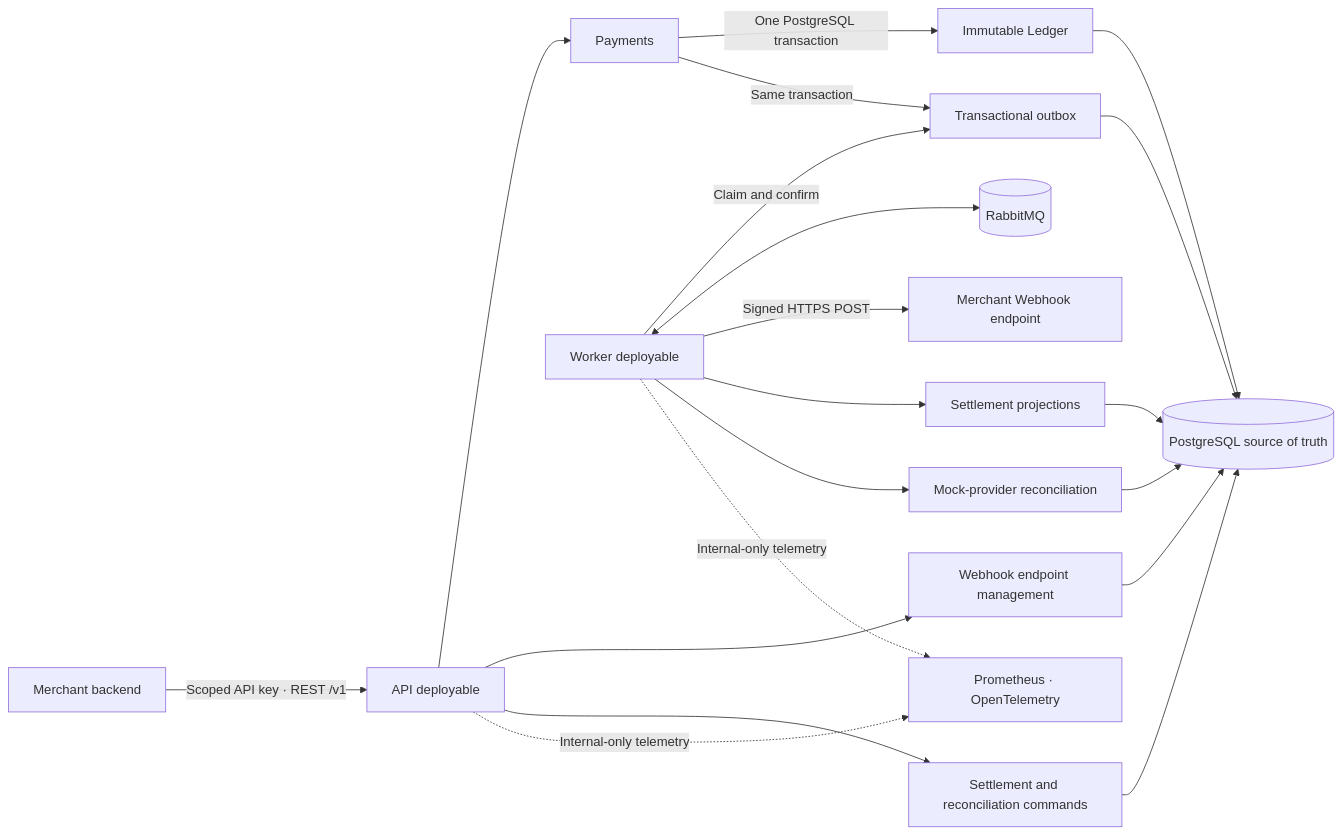
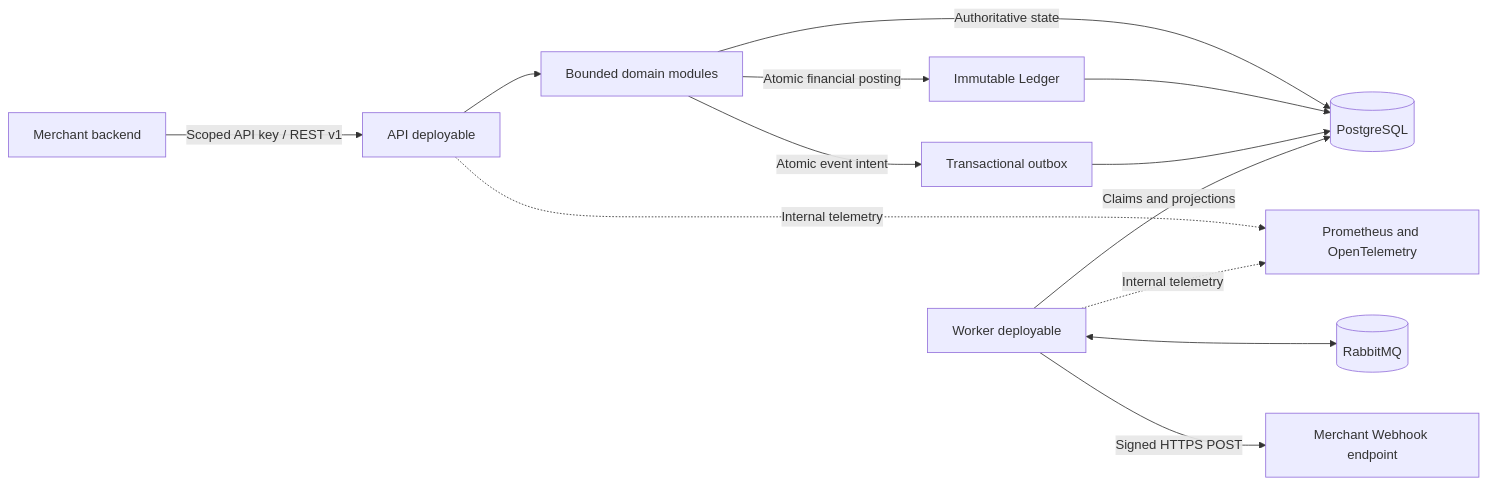
Before and after one commit to Sye-1321/SettleFlow: the diagram in README.md, drawn with Mermaid. The commit also changed other lines of this file and 4 other files, not shown here.

````diff
--- a/README.md
+++ b/README.md
@@ -29,25 +29,17 @@
 ```mermaid
 flowchart LR
-  Merchant[Merchant backend] -->|Scoped API key · REST /v1| API[API deployable]
-  API --> Payments[Payments]
-  API --> WebhookConfig[Webhook endpoint management]
-  API --> SettlementAPI[Settlement and reconciliation commands]
+  Merchant[Merchant backend] -->|Scoped API key / REST v1| API[API deployable]
+  API --> Domains[Bounded domain modules]
+  Domains -->|Authoritative state| PostgreSQL[(PostgreSQL)]
+  Domains -->|Atomic financial posting| Ledger[Immutable Ledger]
+  Domains -->|Atomic event intent| Outbox[Transactional outbox]
+  Ledger --> PostgreSQL
+  Outbox --> PostgreSQL
 
-  Payments -->|One PostgreSQL transaction| Ledger[Immutable Ledger]
-  Payments -->|Same transaction| Outbox[Transactional outbox]
-  Ledger --> PostgreSQL[(PostgreSQL source of truth)]
-  Outbox --> PostgreSQL
-  WebhookConfig --> PostgreSQL
-  SettlementAPI --> PostgreSQL
+  Worker[Worker deployable] -->|Claims and projections| PostgreSQL
+  Worker <--> RabbitMQ[(RabbitMQ)]
+  Worker -->|Signed HTTPS POST| Endpoint[Merchant Webhook endpoint]
 
-  Worker[Worker deployable] -->|Claim and confirm| Outbox
-  Worker <--> RabbitMQ[(RabbitMQ)]
-  Worker -->|Signed HTTPS POST| MerchantEndpoint[Merchant Webhook endpoint]
-  Worker --> Settlements[Settlement projections]
-  Worker --> Reconciliation[Mock-provider reconciliation]
-  Settlements --> PostgreSQL
-  Reconciliation --> PostgreSQL
-
-  API -. Internal-only telemetry .-> Observability[Prometheus · OpenTelemetry]
-  Worker -. Internal-only telemetry .-> Observability
+  API -. Internal telemetry .-> Observability[Prometheus and OpenTelemetry]
+  Worker -. Internal telemetry .-> Observability
 ```
````
